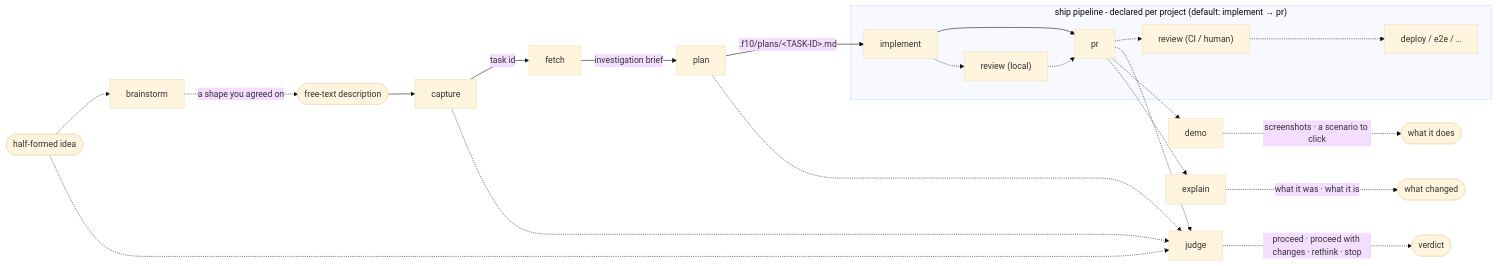
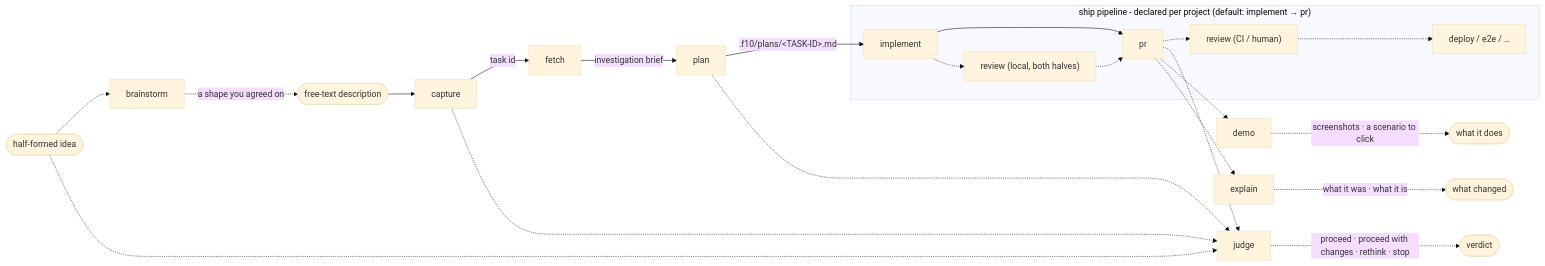
Before and after one commit to amberpixels/f10: the first of 2 diagrams in README.md, drawn with Mermaid (base theme). The commit also changed other lines of this file and 8 other files, not shown here.

````diff
--- a/README.md
+++ b/README.md
@@ -30,23 +30,23 @@
 ```mermaid
 flowchart LR
     idea(["half-formed idea"]) -.-> brain[brainstorm]
     brain -.->|"a shape you agreed on"| desc
     desc(["free-text description"]) --> capSt[capture]
     capSt -->|task id| fetch[fetch]
     fetch -->|investigation brief| plan[plan]
     plan -->|".f10/plans/&lt;TASK-ID&gt;.md"| implement
     subgraph shippipe ["ship pipeline - declared per project (default: implement → pr)"]
         implement[implement] --> pr[pr]
-        implement -.-> revL["review (local)"] -.-> pr
+        implement -.-> revL["review (local, both halves)"] -.-> pr
         pr -.-> revC["review (CI / human)"] -.-> deploy["deploy / e2e / …"]
     end
     idea -.-> judge[judge]
     capSt -.-> judge
     plan -.-> judge
     pr -.-> judge
     judge -.->|"proceed · proceed with changes · rethink · stop"| verdict(["verdict"])
     pr -.-> demo[demo]
     demo -.->|"screenshots · a scenario to click"| evidence(["what it does"])
     pr -.-> expl[explain]
     expl -.->|"what it was · what it is"| told(["what changed"])
 ```
````
